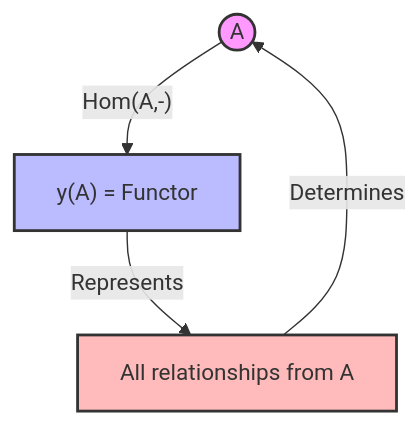
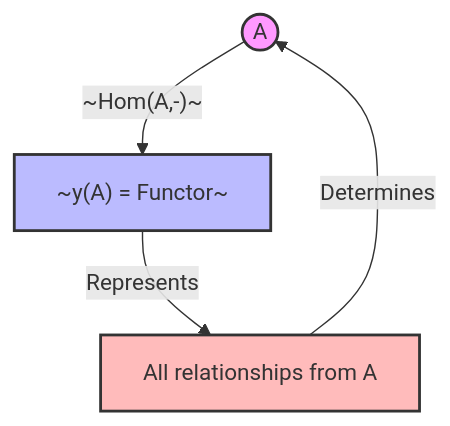
Before and after one commit to aygp-dr/strange-loop-cat: the first of 3 diagrams in examples/yoneda.org, drawn with Mermaid. The commit also changed other lines of this file and 2 other files, not shown here.

```diff
--- a/examples/yoneda.org
+++ b/examples/yoneda.org
@@ -202,12 +234,12 @@
-#+begin_src mermaid :file ../images/diagrams/yoneda-concept.mmd
+#+begin_src mermaid :file ../images/diagrams/yoneda-concept.mmd :mkdirp yes
 graph TD
-    A((A)) --> |"Hom(A,-)"| YA["y(A) = Functor"]
+    A((A)) --> |"~Hom(A,-)~"| YA["~y(A) = Functor~"]
     
     YA --> |"Represents"| RA["All relationships from A"]
     
     RA --> |"Determines"| A
     
     style A fill:#f9f,stroke:#333,stroke-width:2px
     style YA fill:#bbf,stroke:#333,stroke-width:2px
     style RA fill:#fbb,stroke:#333,stroke-width:2px
 #+end_src
```
